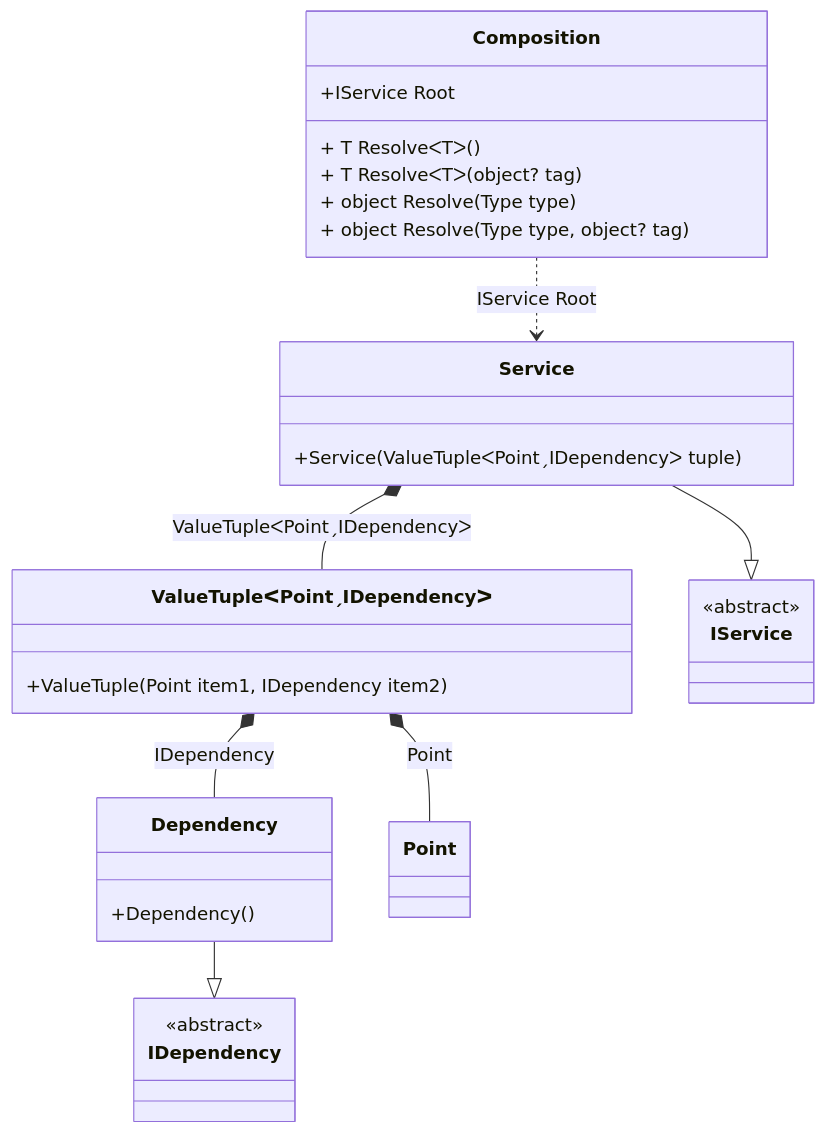
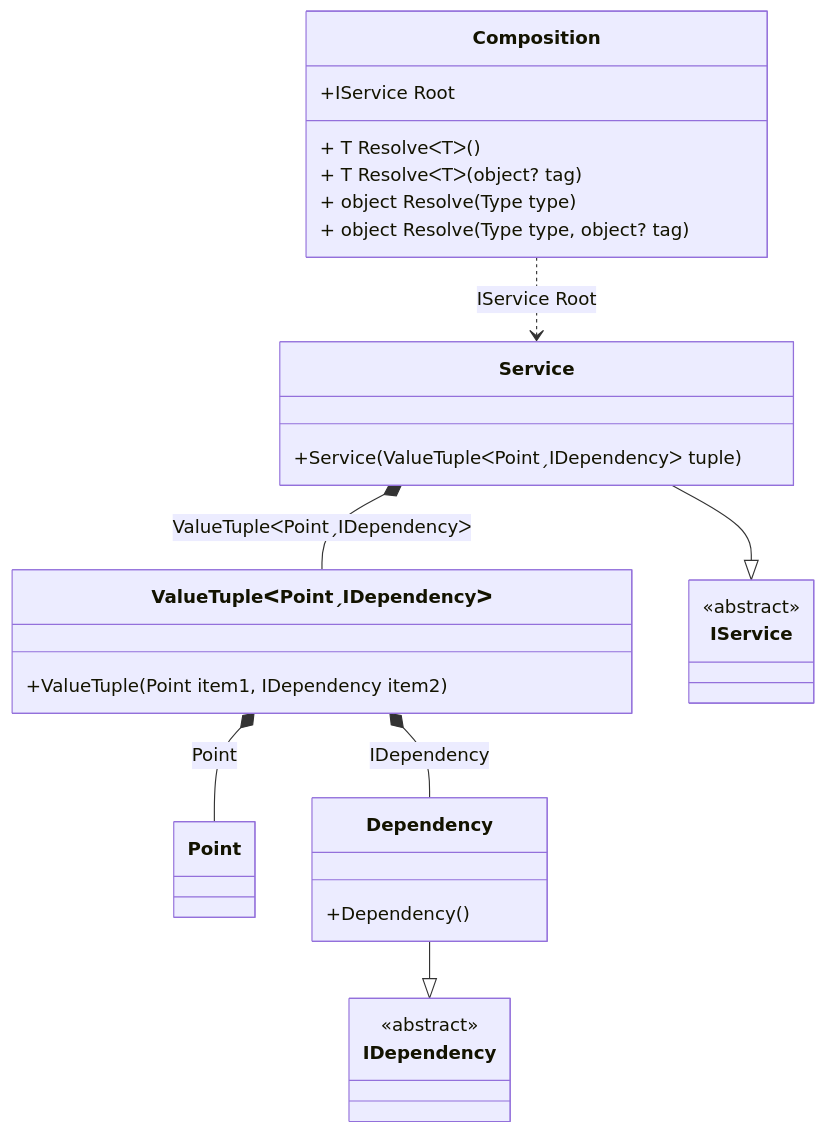
Before and after one commit to DevTeam/Pure.DI: the diagram in readme/tuple.md, drawn with Mermaid. The commit also changed other lines of this file and 58 other files, not shown here.

Commit message:
Fixes an issue where overloaded bindings can be applied in the wrong sequence

````diff
--- a/readme/tuple.md
+++ b/readme/tuple.md
@@ -36,32 +36,32 @@
 ```mermaid
 classDiagram
   class Composition {
     +IService Root
     + T ResolveᐸTᐳ()
     + T ResolveᐸTᐳ(object? tag)
     + object Resolve(Type type)
     + object Resolve(Type type, object? tag)
   }
   class ValueTupleᐸPointˏIDependencyᐳ {
     +ValueTuple(Point item1, IDependency item2)
   }
+  class Point
+  Dependency --|> IDependency : 
+  class Dependency {
+    +Dependency()
+  }
   Service --|> IService : 
   class Service {
     +Service(ValueTupleᐸPointˏIDependencyᐳ tuple)
   }
-  Dependency --|> IDependency : 
-  class Dependency {
-    +Dependency()
-  }
-  class Point
-  class IService {
+  class IDependency {
     <<abstract>>
   }
-  class IDependency {
+  class IService {
     <<abstract>>
   }
   ValueTupleᐸPointˏIDependencyᐳ *--  Point : Point
   ValueTupleᐸPointˏIDependencyᐳ *--  Dependency : IDependency
   Service *--  ValueTupleᐸPointˏIDependencyᐳ : ValueTupleᐸPointˏIDependencyᐳ
   Composition ..> Service : IService Root
 ```
````
